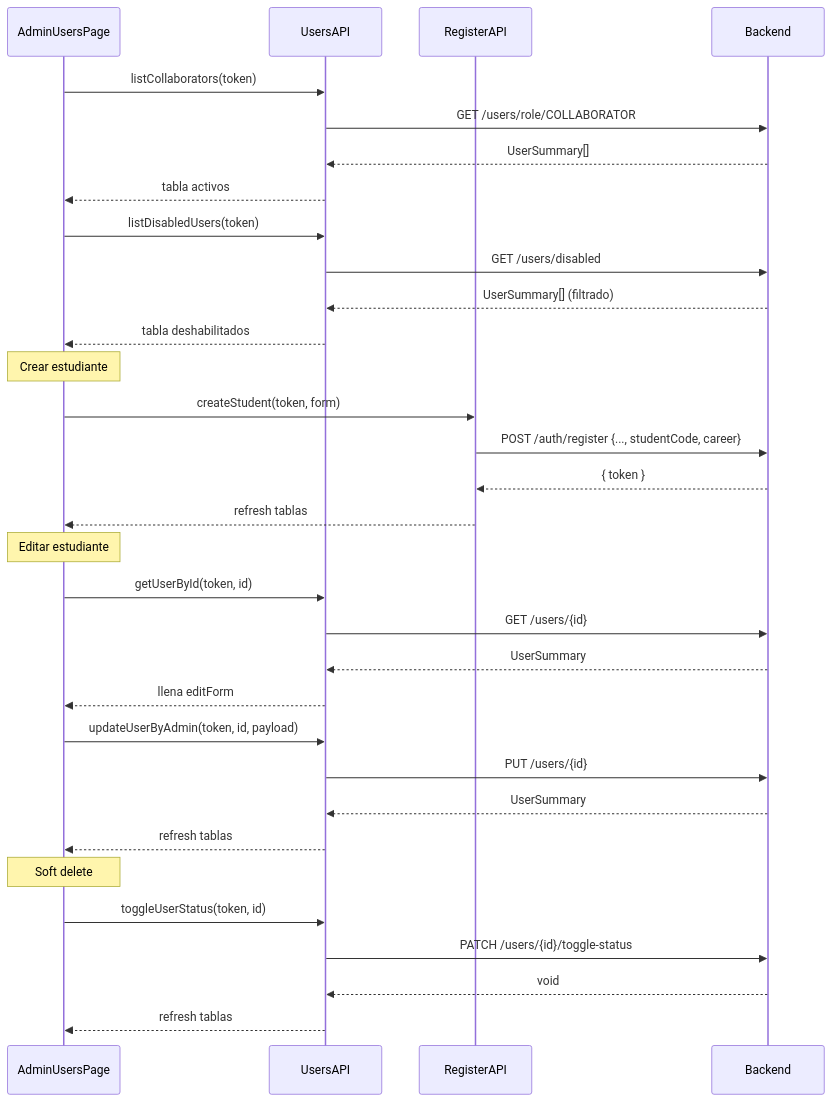
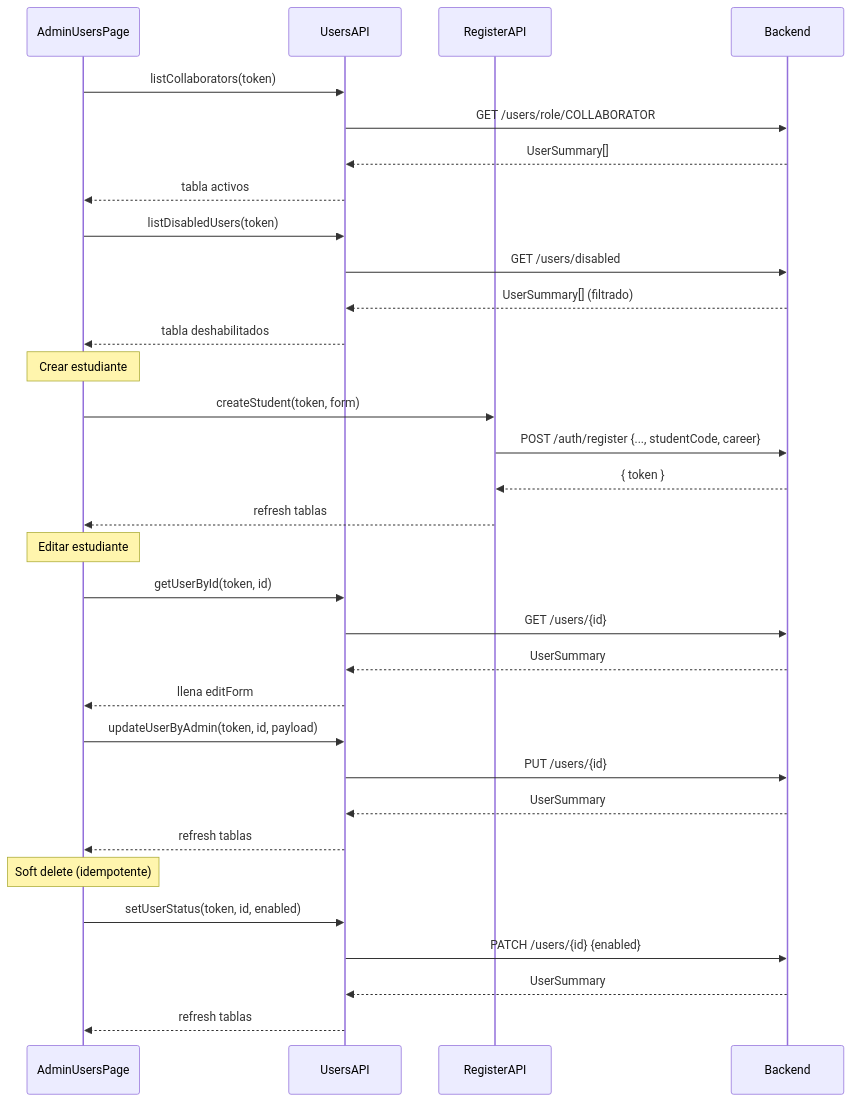
Before and after one commit to Tunkifloo/SynapseOps-platform: the fourth of 9 diagrams in frontend/MOCKUP.md, drawn with Mermaid. The commit also changed 4 other files, not shown here.

First line of the commit message:
refactor(frontend): replace `toggleUserStatus` with idempotent `setUserStatus`

````diff
--- a/frontend/MOCKUP.md
+++ b/frontend/MOCKUP.md
@@ -89,39 +89,39 @@
 ```mermaid
 sequenceDiagram
     participant A as AdminUsersPage
     participant U as UsersAPI
     participant R as RegisterAPI
     participant B as Backend
 
     A->>U: listCollaborators(token)
     U->>B: GET /users/role/COLLABORATOR
     B-->>U: UserSummary[]
     U-->>A: tabla activos
 
     A->>U: listDisabledUsers(token)
     U->>B: GET /users/disabled
     B-->>U: UserSummary[] (filtrado)
     U-->>A: tabla deshabilitados
 
     Note over A: Crear estudiante
     A->>R: createStudent(token, form)
     R->>B: POST /auth/register {..., studentCode, career}
     B-->>R: { token }
     R-->>A: refresh tablas
 
     Note over A: Editar estudiante
     A->>U: getUserById(token, id)
     U->>B: GET /users/{id}
     B-->>U: UserSummary
     U-->>A: llena editForm
     A->>U: updateUserByAdmin(token, id, payload)
     U->>B: PUT /users/{id}
     B-->>U: UserSummary
     U-->>A: refresh tablas
 
-    Note over A: Soft delete
-    A->>U: toggleUserStatus(token, id)
-    U->>B: PATCH /users/{id}/toggle-status
-    B-->>U: void
+    Note over A: Soft delete (idempotente)
+    A->>U: setUserStatus(token, id, enabled)
+    U->>B: PATCH /users/{id}  {enabled}
+    B-->>U: UserSummary
     U-->>A: refresh tablas
 ```
````
